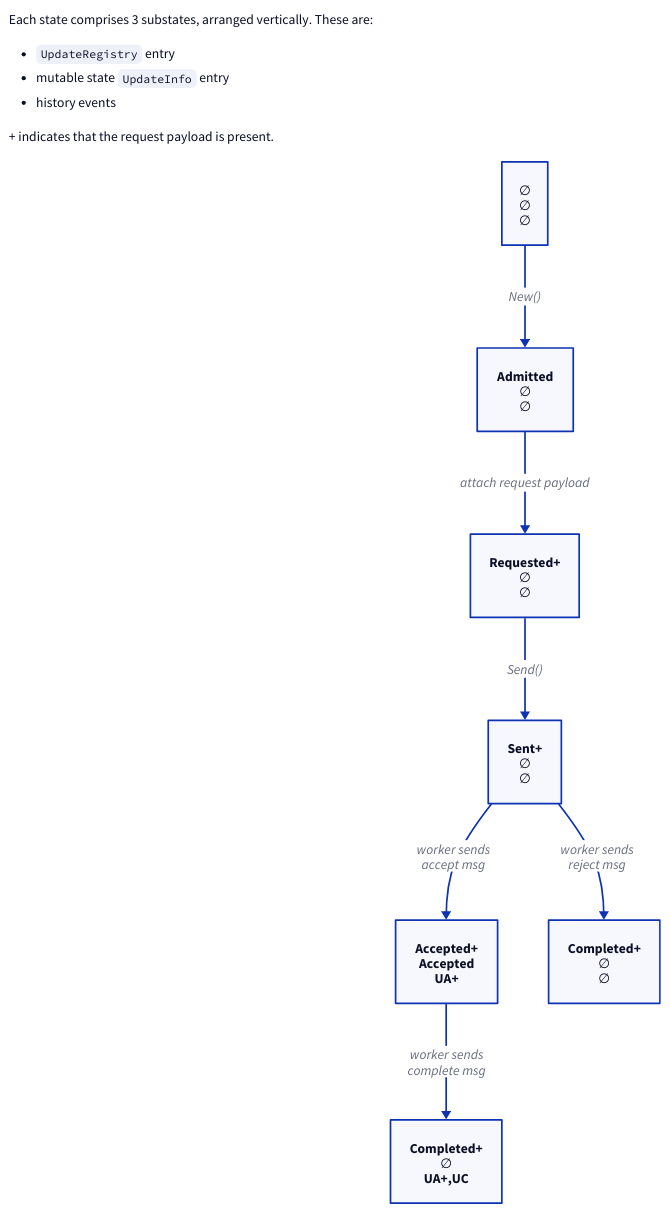
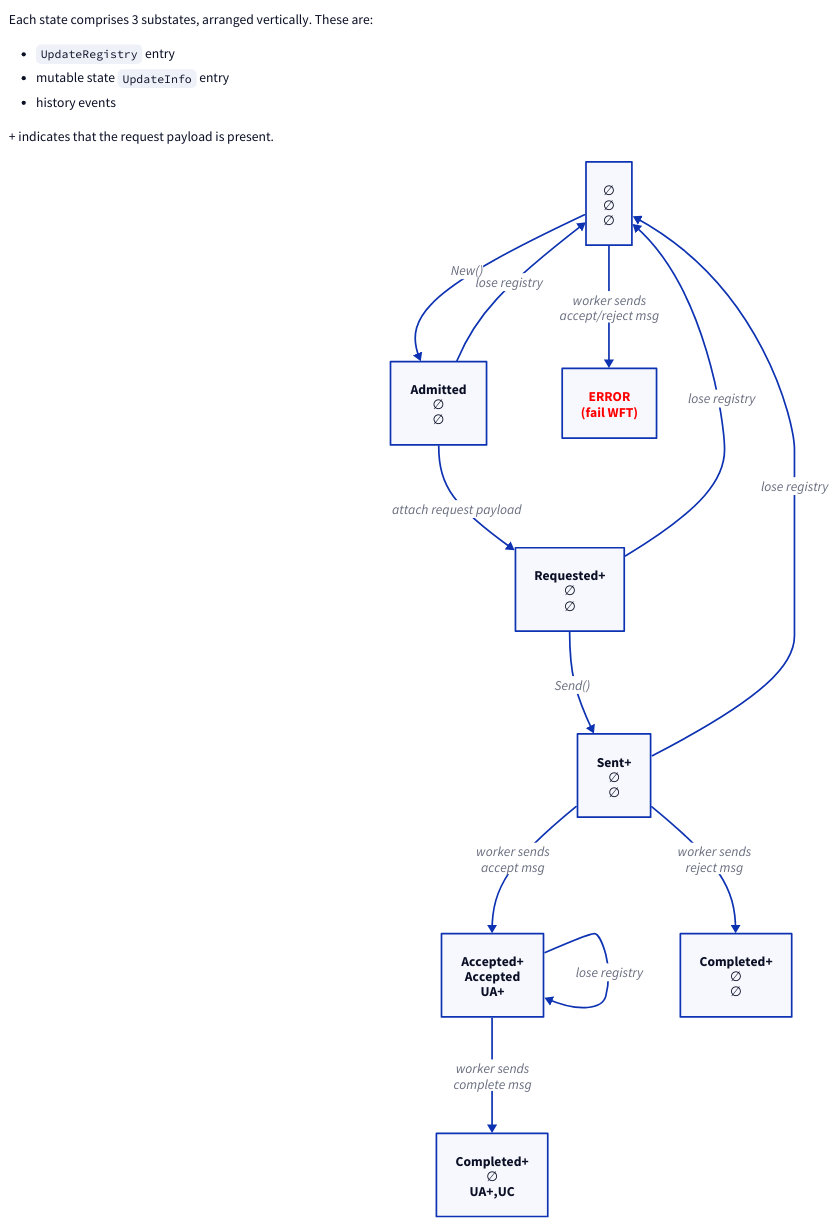
One commit to dandavison/temporalio-notes changed the diagram in diagrams/update-sm-all.d2. Above: the diagram before and after it, drawn with D2. The commit also changed 1 other file, not shown here.

```diff
--- a/diagrams/update-sm-all.d2
+++ b/diagrams/update-sm-all.d2
@@ -1,15 +1,27 @@
 explanation: |md
   Each state comprises 3 substates, arranged vertically. These are:
   - `UpdateRegistry` entry
   - mutable state `UpdateInfo` entry
   - history events
 
   \+ indicates that the request payload is present.
 | {near: top-left}
 
 ∅\n∅\n∅\n -> Admitted\n∅\n∅: New()
 Admitted\n∅\n∅ -> Requested+\n∅\n∅: attach request payload
 Requested+\n∅\n∅ -> Sent+\n∅\n∅: Send()
 Sent+\n∅\n∅ -> Accepted+\nAccepted\nUA+: worker sends\naccept msg
 Accepted+\nAccepted\nUA+ -> Completed+\n∅\nUA+,UC: worker sends\ncomplete msg
 Sent+\n∅\n∅ -> Completed+\n∅\n∅: worker sends\nreject msg
+
+Admitted\n∅\n∅ -> ∅\n∅\n∅\n: lose registry
+Requested+\n∅\n∅ -> ∅\n∅\n∅\n: lose registry
+Sent+\n∅\n∅ -> ∅\n∅\n∅\n: lose registry
+Accepted+\nAccepted\nUA+ -> Accepted+\nAccepted\nUA+: lose registry
+
+∅\n∅\n∅\n -> fail-wft: worker sends\naccept/reject msg
+
+fail-wft: {
+  label: ERROR\n(fail WFT)
+  style.font-color: red
+}
```
